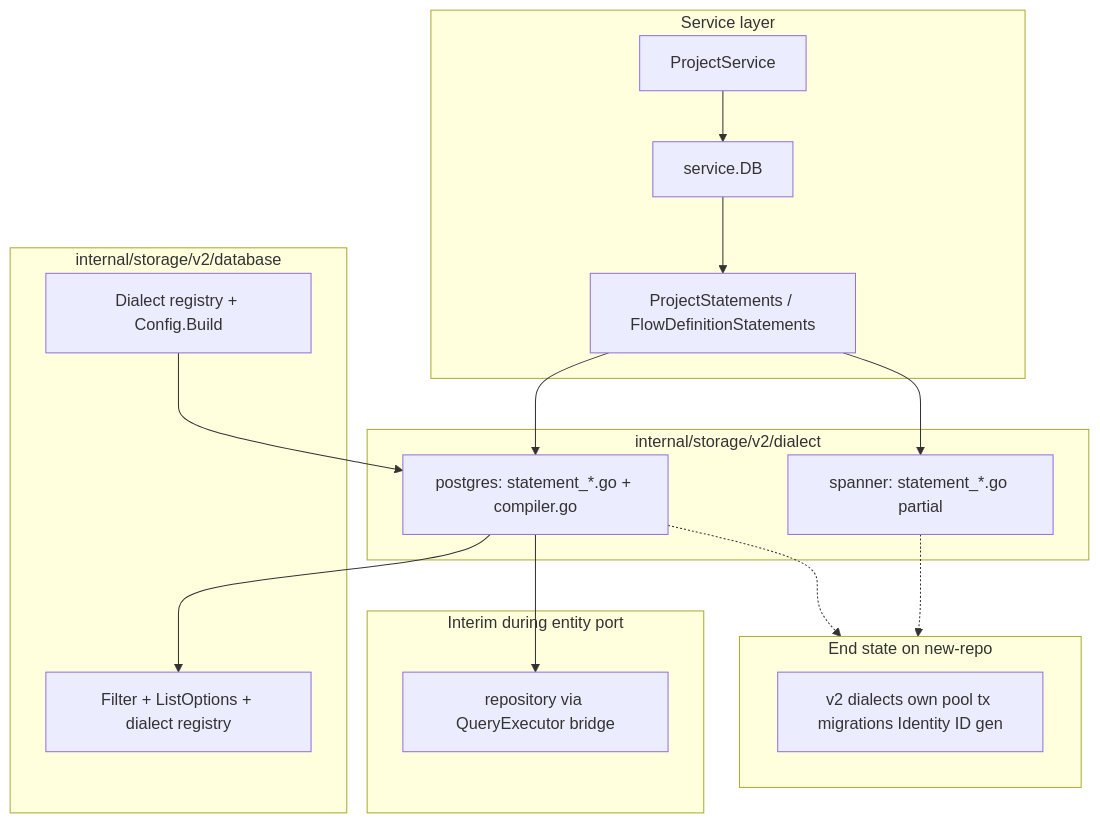
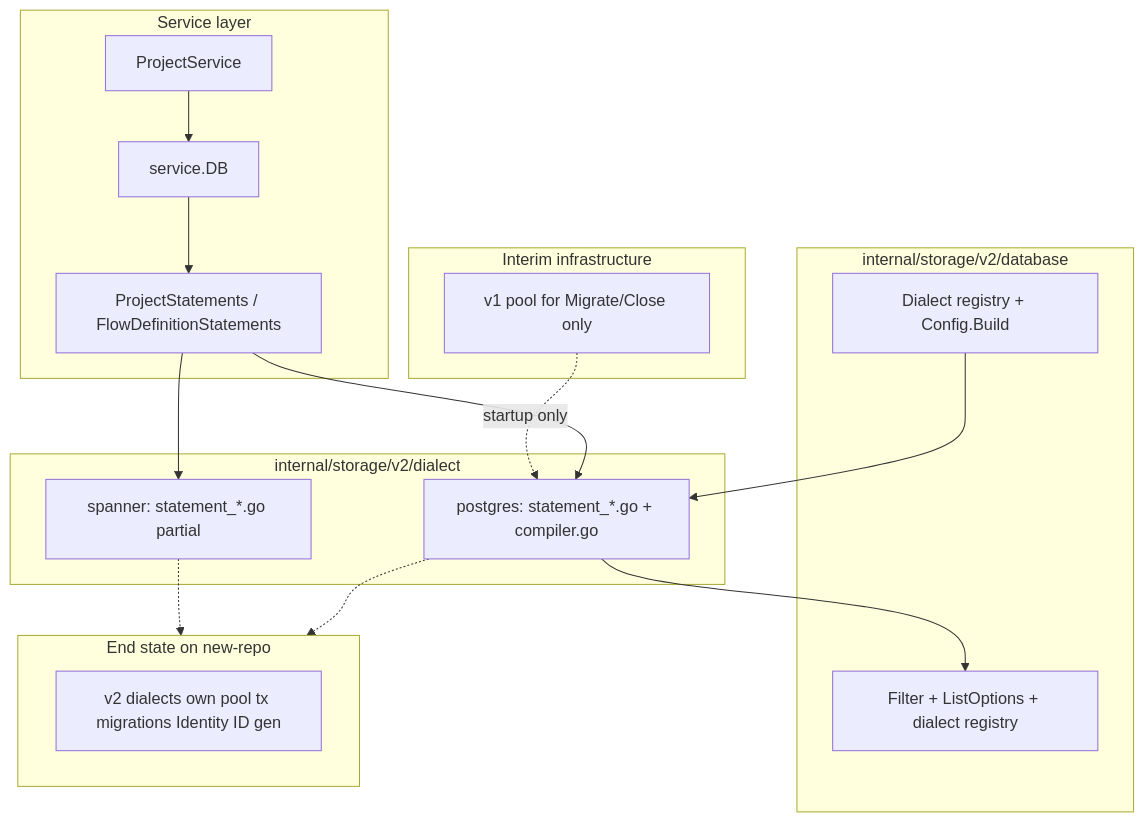
One commit to zitadel/nextgen changed the first of 2 diagrams in docs/adrs/028-storage-v2-statements-and-dialects.md. Above: the diagram before and after it, drawn with Mermaid. The commit also changed other lines of this file and 13 other files, not shown here.

First line of the commit message:
refactor(database): remove QueryExecutor bridge from services and v2 tx

````diff
--- a/docs/adrs/028-storage-v2-statements-and-dialects.md
+++ b/docs/adrs/028-storage-v2-statements-and-dialects.md
@@ -125,32 +121,32 @@
 ```mermaid
 flowchart TB
     subgraph serviceLayer [Service layer]
         ProjectService
         StatementIfaces["ProjectStatements / FlowDefinitionStatements"]
         serviceDB["service.DB"]
     end
     subgraph v2core [internal/storage/v2/database]
         CoreTypes["Filter + ListOptions + dialect registry"]
         DialectReg["Dialect registry + Config.Build"]
     end
     subgraph dialects [internal/storage/v2/dialect]
         pg["postgres: statement_*.go + compiler.go"]
         sp["spanner: statement_*.go partial"]
     end
-    subgraph interim [Interim during entity port]
-        v1Repos["repository via QueryExecutor bridge"]
+    subgraph interim [Interim infrastructure]
+        v1Migrate["v1 pool for Migrate/Close only"]
     end
     subgraph endState [End state on new-repo]
         v2Only["v2 dialects own pool tx migrations Identity ID gen"]
     end
 
     ProjectService --> serviceDB
     serviceDB --> StatementIfaces
     StatementIfaces --> pg
     StatementIfaces --> sp
     pg --> CoreTypes
     DialectReg --> pg
-    pg --> v1Repos
+    v1Migrate -.->|"startup only"| pg
     pg -.-> endState
     sp -.-> endState
 ```
````
